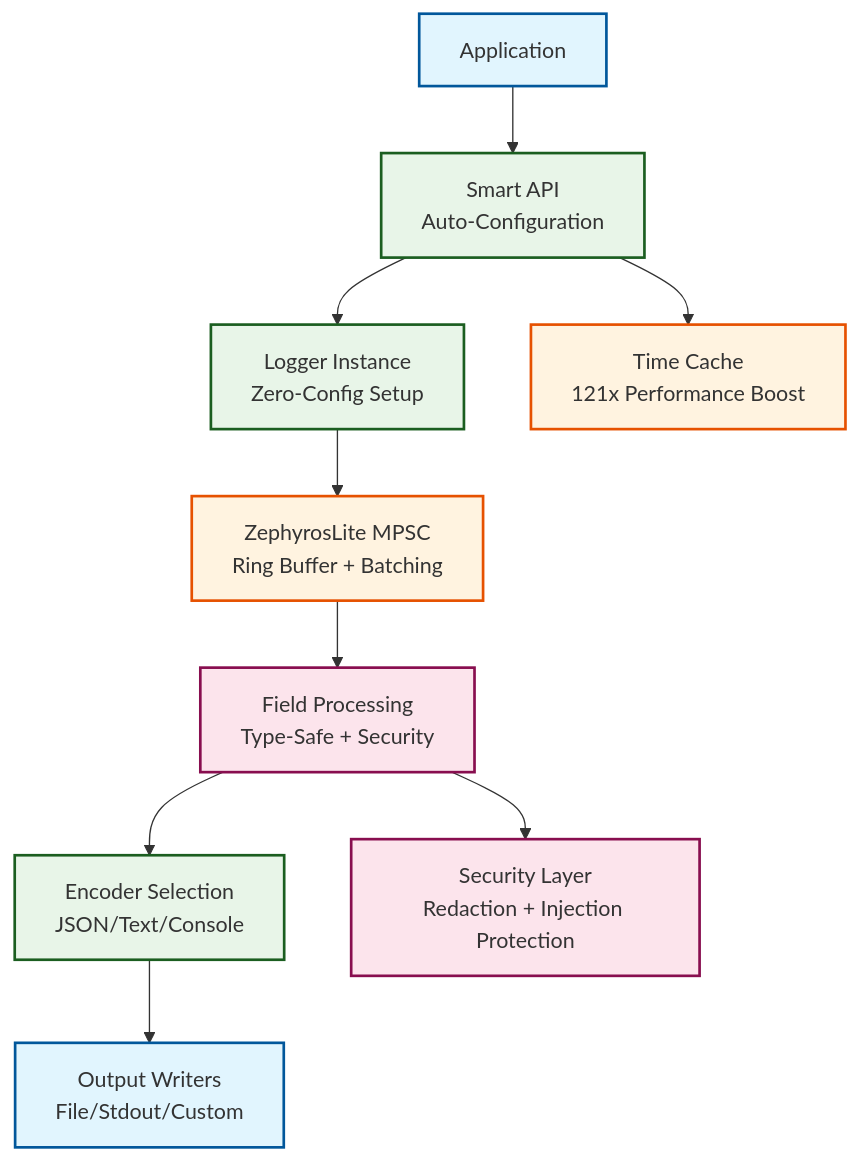
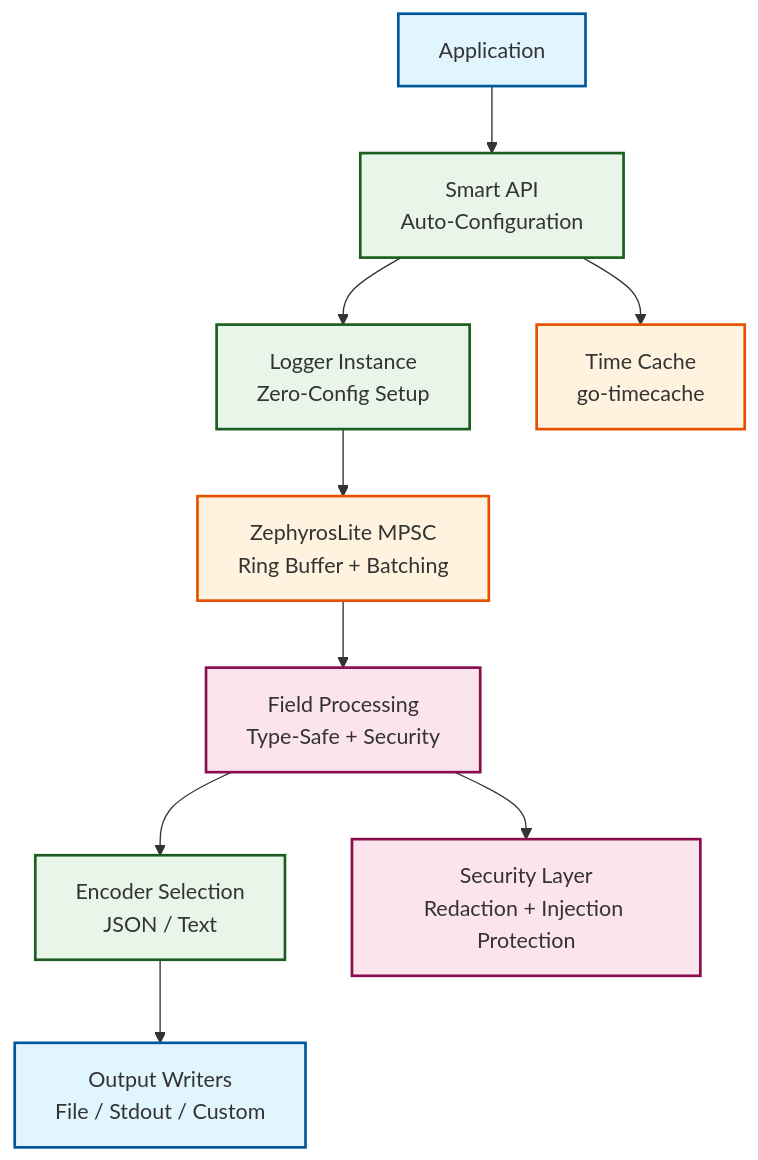
One commit to agilira/iris changed the diagram in README.md. Above: the diagram before and after it, drawn with Mermaid. The commit also changed other lines of this file and 87 other files, not shown here.

````diff
--- a/README.md
+++ b/README.md
@@ -109,21 +103,21 @@
 ```mermaid
 graph TD
     A[Application] --> B[Smart API<br/>Auto-Configuration]
     B --> C[Logger Instance<br/>Zero-Config Setup]
     C --> D[ZephyrosLite MPSC<br/>Ring Buffer + Batching]
     D --> E[Field Processing<br/>Type-Safe + Security]
-    E --> F[Encoder Selection<br/>JSON/Text/Console]
-    F --> G[Output Writers<br/>File/Stdout/Custom]
+    E --> F[Encoder Selection<br/>JSON / Text]
+    F --> G[Output Writers<br/>File / Stdout / Custom]
     E --> H[Security Layer<br/>Redaction + Injection Protection]
-    B --> I[Time Cache<br/>121x Performance Boost]
-    
+    B --> I[Time Cache<br/>go-timecache]
+
     classDef primary fill:#e1f5fe,stroke:#01579b,stroke-width:2px
     classDef secondary fill:#e8f5e8,stroke:#1b5e20,stroke-width:2px
     classDef security fill:#fce4ec,stroke:#880e4f,stroke-width:2px
     classDef performance fill:#fff3e0,stroke:#e65100,stroke-width:2px
-    
+
     class A,G primary
     class B,C,F secondary
     class E,H security
     class D,I performance
 ```
````
